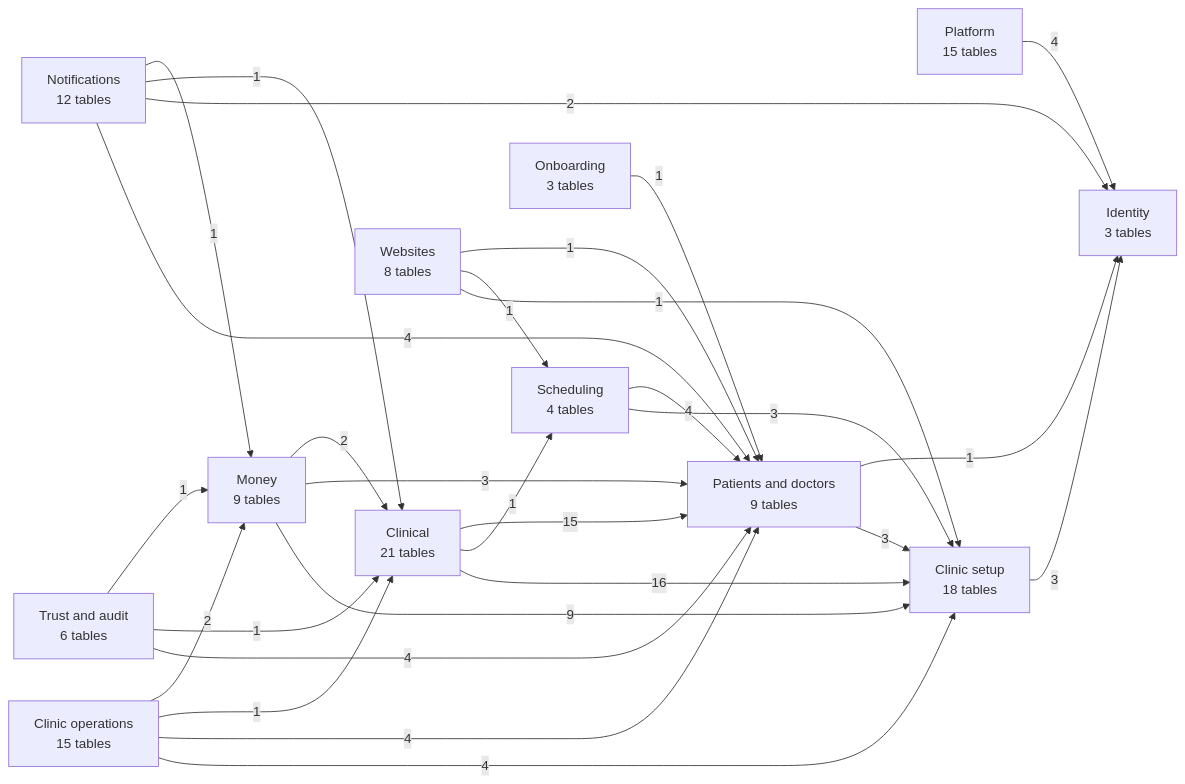
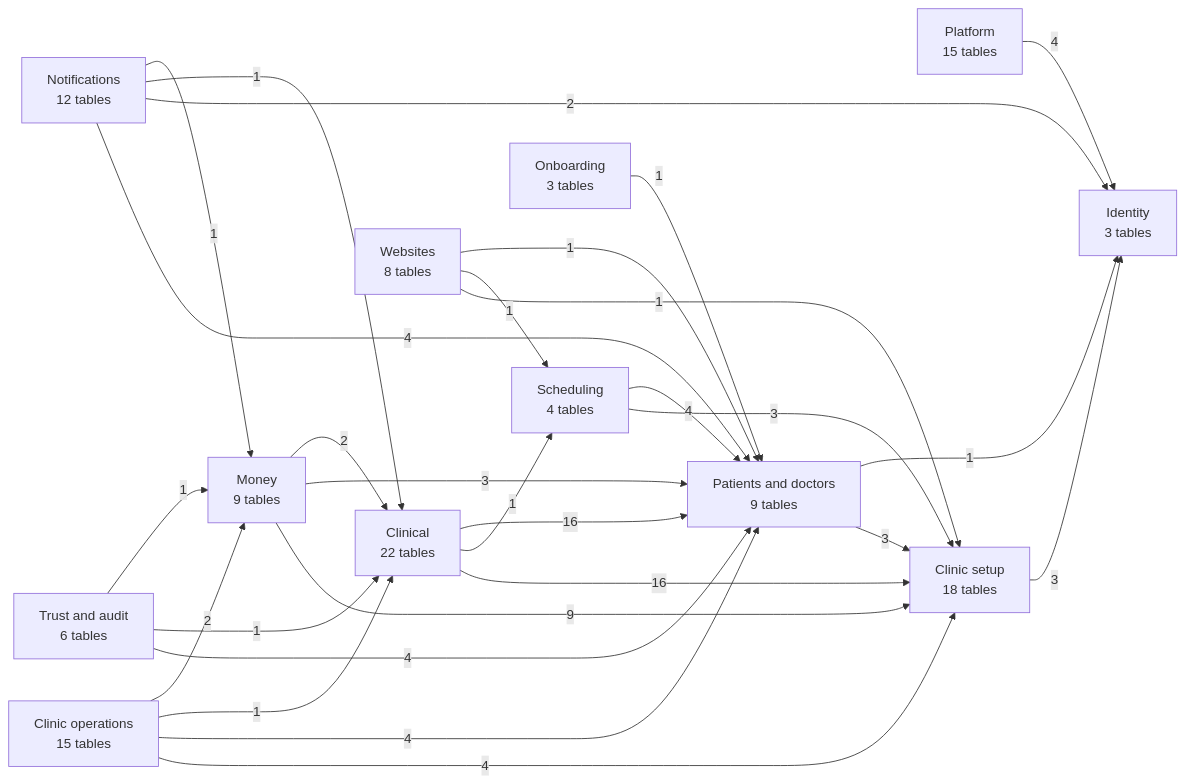
One commit to sakalyatechnologies/aarogyam changed the first of 13 diagrams in docs/database.md. Above: the diagram before and after it, drawn with Mermaid. The commit also changed other lines of this file and 23 other files, not shown here.

````diff
--- a/docs/database.md
+++ b/docs/database.md
@@ -27,42 +27,42 @@
 ```mermaid
 flowchart LR
   platform["Platform<br/>15 tables"]
   iam["Identity<br/>3 tables"]
   tenancy["Clinic setup<br/>18 tables"]
   people["Patients and doctors<br/>9 tables"]
   scheduling["Scheduling<br/>4 tables"]
-  clinical["Clinical<br/>21 tables"]
+  clinical["Clinical<br/>22 tables"]
   ops["Clinic operations<br/>15 tables"]
   billing["Money<br/>9 tables"]
   notify["Notifications<br/>12 tables"]
   web["Websites<br/>8 tables"]
   trust["Trust and audit<br/>6 tables"]
   onboarding["Onboarding<br/>3 tables"]
   billing -->|2| clinical
   billing -->|3| people
   billing -->|9| tenancy
-  clinical -->|15| people
+  clinical -->|16| people
   clinical -->|1| scheduling
   clinical -->|16| tenancy
   notify -->|1| billing
   notify -->|1| clinical
   notify -->|2| iam
   notify -->|4| people
   onboarding -->|1| people
   ops -->|2| billing
   ops -->|1| clinical
   ops -->|4| people
   ops -->|4| tenancy
   people -->|1| iam
   people -->|3| tenancy
   platform -->|4| iam
   scheduling -->|4| people
   scheduling -->|3| tenancy
   tenancy -->|3| iam
   trust -->|1| billing
   trust -->|1| clinical
   trust -->|4| people
   web -->|1| people
   web -->|1| scheduling
   web -->|1| tenancy
 ```
````
